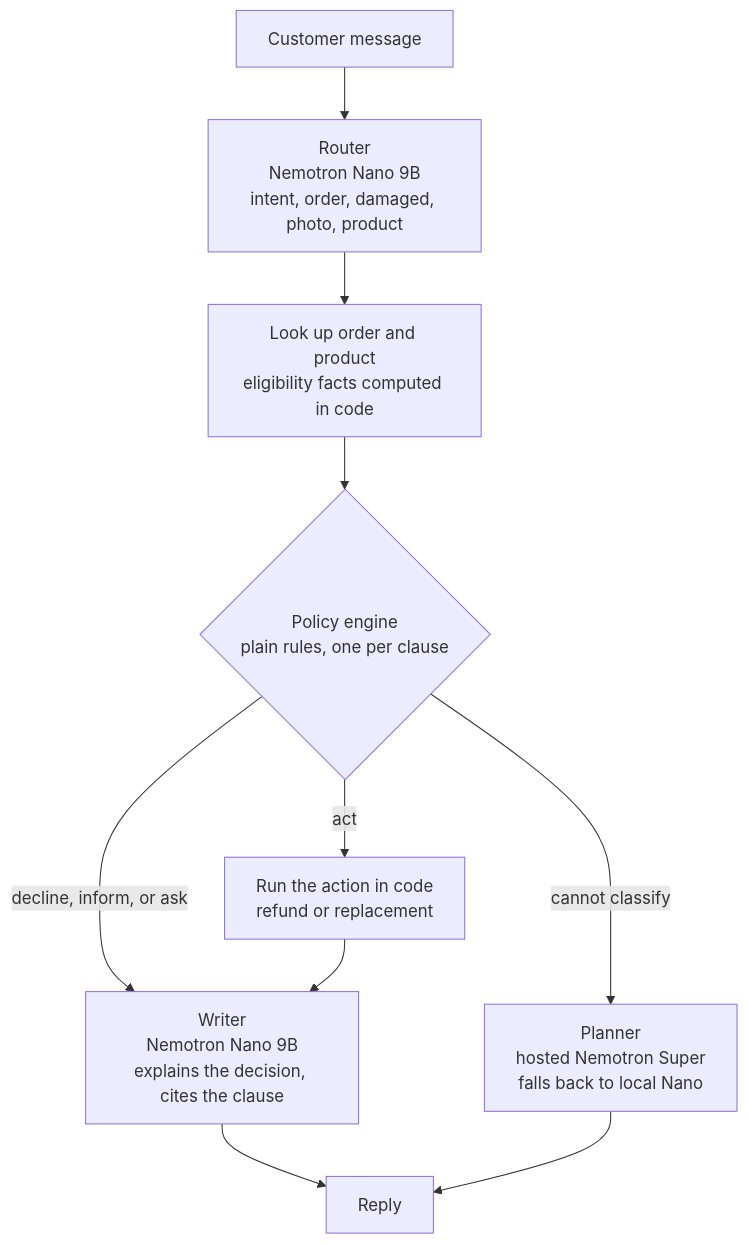
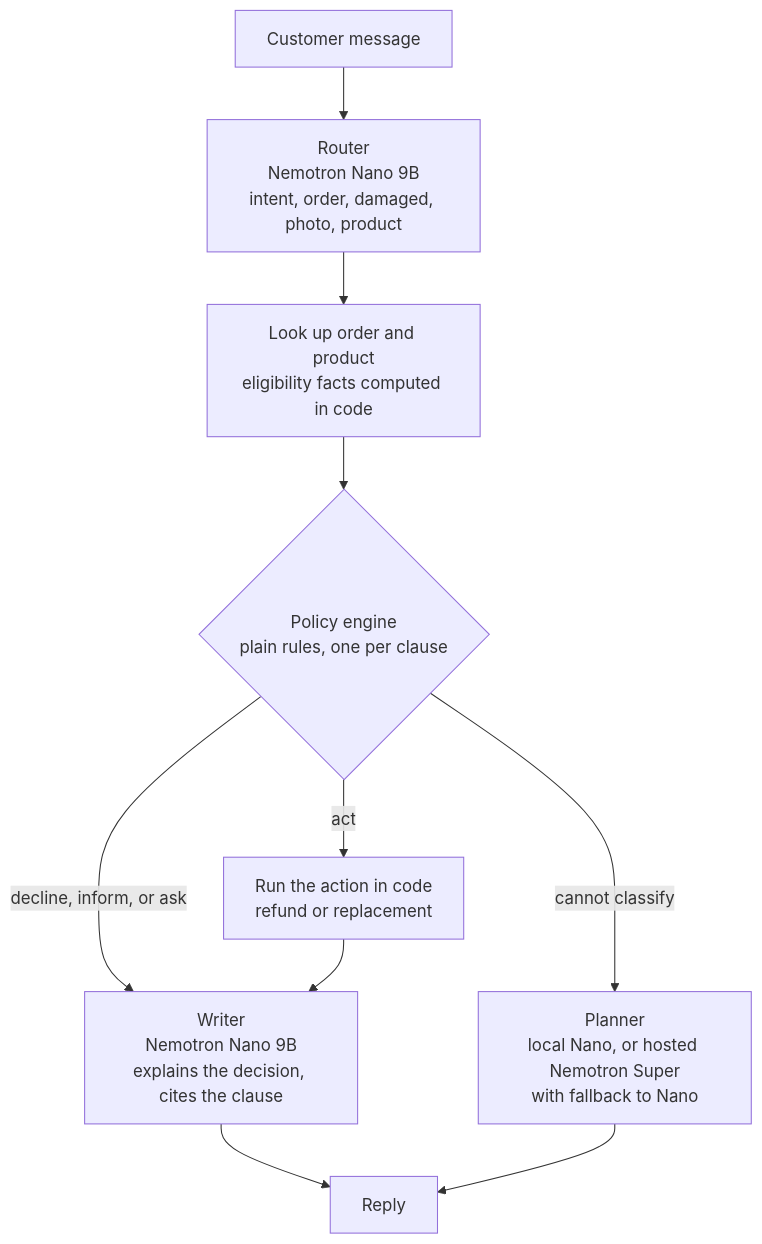
The diagram in README.md (jswortz/nvidia-small-models), drawn with Mermaid before and after one commit. The commit also changed other lines of this file and 1 other file, not shown here.

First line of the commit message:
README: where it runs (local vs cloud), lessons 5 to 9, run numbering

````diff
--- a/README.md
+++ b/README.md
@@ -25,12 +25,12 @@
 ```mermaid
 flowchart TD
     M[Customer message] --> R["Router<br/>Nemotron Nano 9B<br/>intent, order, damaged, photo, product"]
     R --> L["Look up order and product<br/>eligibility facts computed in code"]
     L --> E{"Policy engine<br/>plain rules, one per clause"}
     E -->|act| A["Run the action in code<br/>refund or replacement"]
     E -->|decline, inform, or ask| W
     A --> W["Writer<br/>Nemotron Nano 9B<br/>explains the decision, cites the clause"]
-    E -->|cannot classify| P["Planner<br/>hosted Nemotron Super<br/>falls back to local Nano"]
+    E -->|cannot classify| P["Planner<br/>local Nano, or hosted Nemotron Super<br/>with fallback to Nano"]
     W --> O[Reply]
     P --> O
 ```
````
